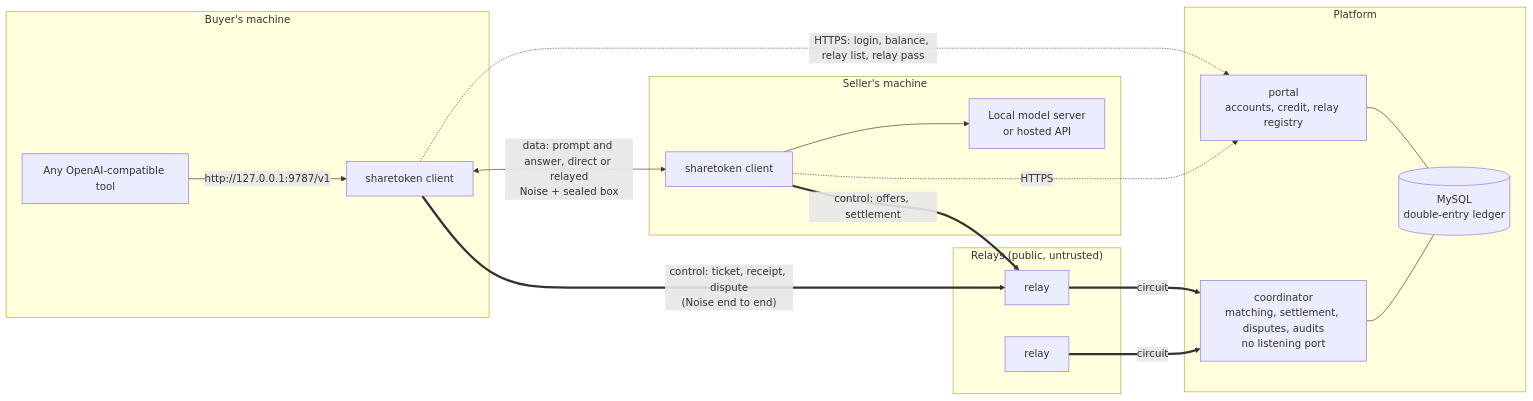
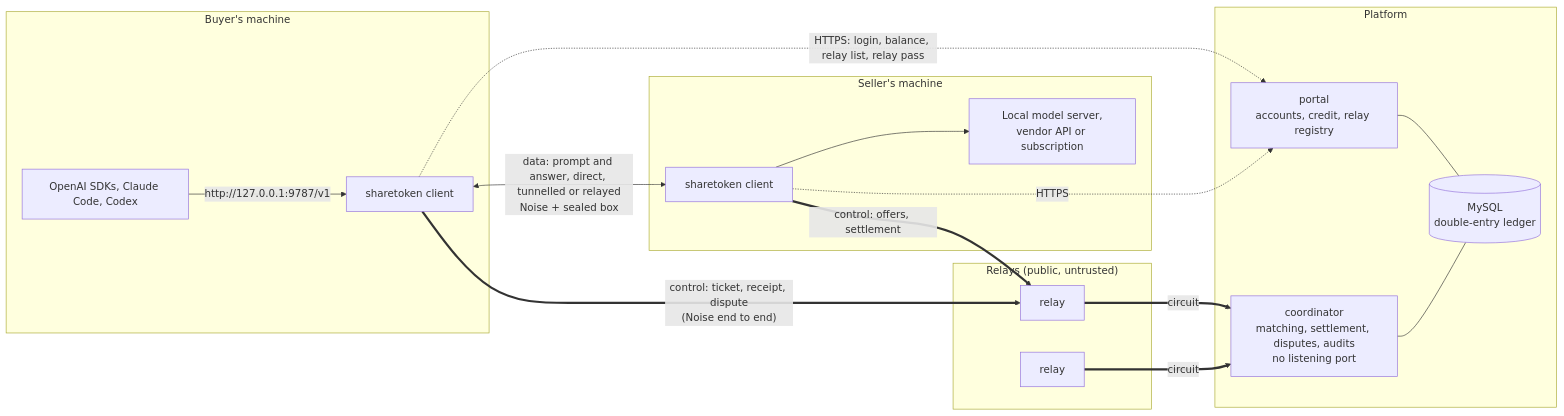
The diagram in README.md (Lingerhk/sharetoken), drawn with Mermaid before and after one commit. The commit also changed other lines of this file and 17 other files, not shown here.

````diff
--- a/README.md
+++ b/README.md
@@ -37,28 +39,28 @@
 ```mermaid
 flowchart LR
     subgraph U1["Buyer's machine"]
-        App["Any OpenAI-compatible tool"] -->|"http://127.0.0.1:9787/v1"| C1["sharetoken client"]
+        App["OpenAI SDKs, Claude Code, Codex"] -->|"http://127.0.0.1:9787/v1"| C1["sharetoken client"]
     end
     subgraph U2["Seller's machine"]
-        C2["sharetoken client"] --> M["Local model server<br/>or hosted API"]
+        C2["sharetoken client"] --> M["Local model server,<br/>vendor API or subscription"]
     end
     subgraph Net["Relays (public, untrusted)"]
         R1["relay"]
         R2["relay"]
     end
     subgraph Plat["Platform"]
         P["portal<br/>accounts, credit, relay registry"]
         CO["coordinator<br/>matching, settlement, disputes, audits<br/>no listening port"]
         DB[("MySQL<br/>double-entry ledger")]
         P --- DB
         CO --- DB
     end
 
     C1 -. "HTTPS: login, balance, relay list, relay pass" .-> P
     C2 -. "HTTPS" .-> P
     C1 == "control: ticket, receipt, dispute<br/>(Noise end to end)" ==> R1
     C2 == "control: offers, settlement" ==> R1
     R1 == "circuit" ==> CO
     R2 == "circuit" ==> CO
-    C1 <-->|"data: prompt and answer, direct or relayed<br/>Noise + sealed box"| C2
+    C1 <-->|"data: prompt and answer, direct, tunnelled or relayed<br/>Noise + sealed box"| C2
 ```
````
